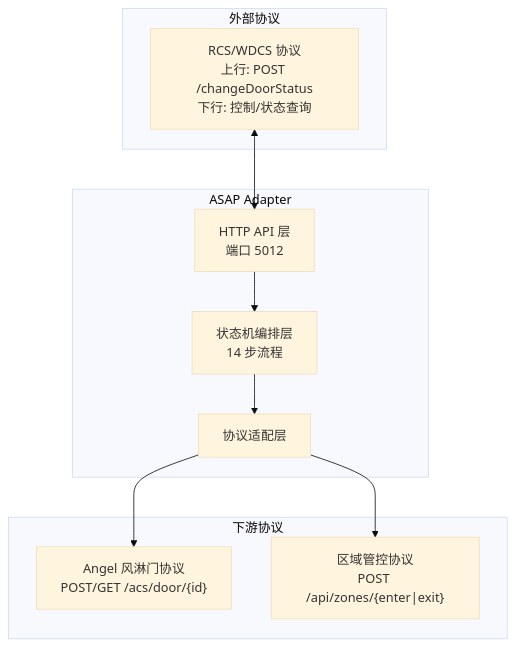
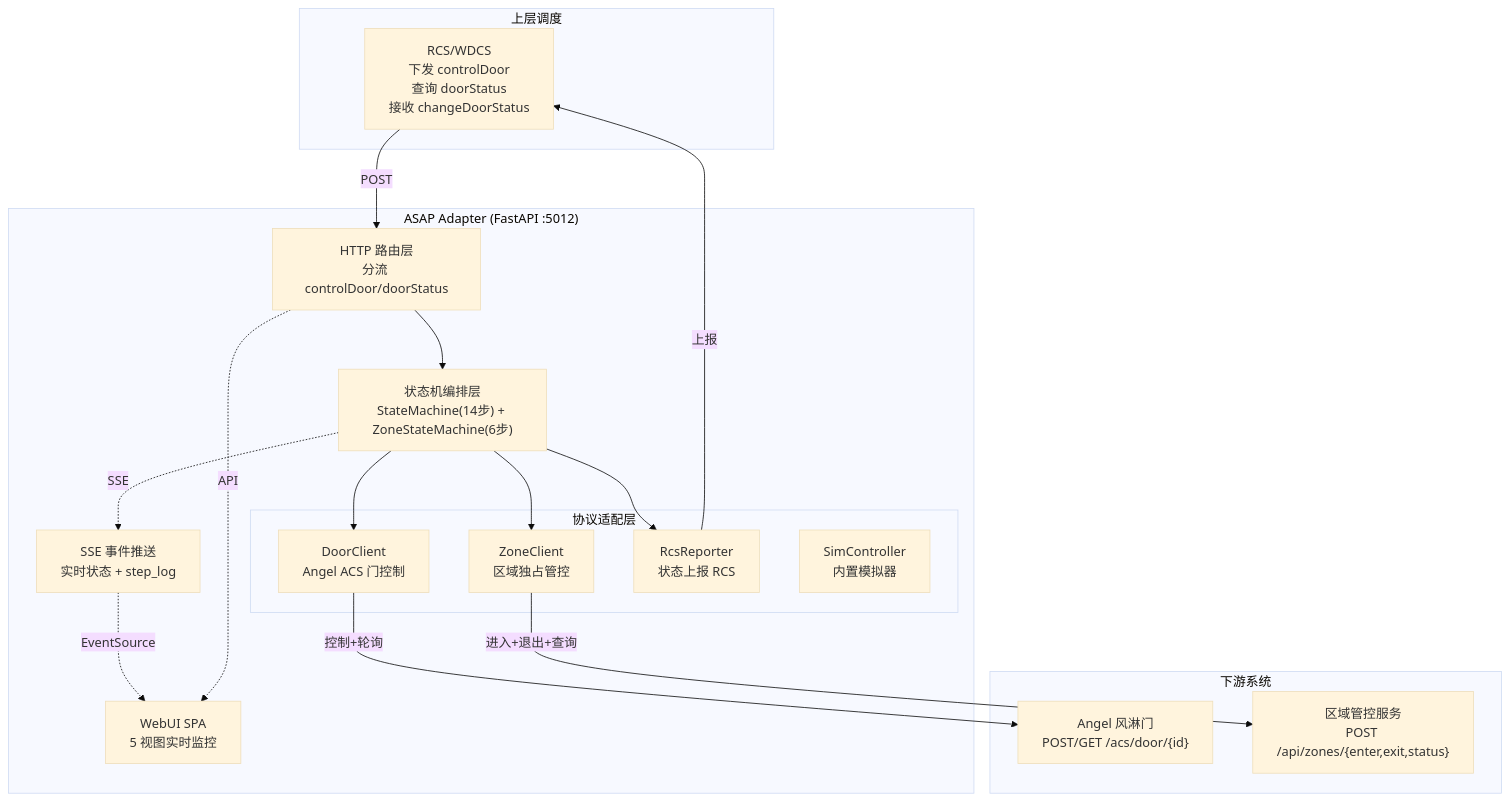
Before and after one commit to 1021143806/ASAP_Adapter: the first of 13 diagrams in doc/architecture.md, drawn with Mermaid (base theme). The commit also changed other lines of this file, not shown here.

Commit message:
docs(arch): 重写架构文档，同步双模式分流、WebUI/SSE 及模拟器实现

````diff
--- a/doc/architecture.md
+++ b/doc/architecture.md
@@ -41,23 +15,37 @@
 ```mermaid
 graph TB
-    subgraph "外部协议"
-        RCS["RCS/WDCS 协议<br/>上行: POST /changeDoorStatus<br/>下行: 控制/状态查询"]
+    subgraph UP["上层调度"]
+        RCS["RCS/WDCS<br/>下发 controlDoor<br/>查询 doorStatus<br/>接收 changeDoorStatus"]
     end
 
-    subgraph "ASAP Adapter"
-        API["HTTP API 层<br/>端口 5012"]
-        SM["状态机编排层<br/>14 步流程"]
-        ADAPT["协议适配层"]
+    subgraph ASAP["ASAP Adapter (FastAPI :5012)"]
+        ROUTER["HTTP 路由层<br/>分流 controlDoor/doorStatus"]
+        SM["状态机编排层<br/>StateMachine(14步) + ZoneStateMachine(6步)"]
+        SSE["SSE 事件推送<br/>实时状态 + step_log"]
+        WEB["WebUI SPA<br/>5 视图实时监控"]
+
+        subgraph ADAPT["协议适配层"]
+            DOOR["DoorClient<br/>Angel ACS 门控制"]
+            ZONE["ZoneClient<br/>区域独占管控"]
+            RPRT["RcsReporter<br/>状态上报 RCS"]
+            SIM["SimController<br/>内置模拟器"]
+        end
     end
 
-    subgraph "下游协议"
-        ANGEL["Angel 风淋门协议<br/>POST/GET /acs/door/{id}"]
-        ZONE["区域管控协议<br/>POST /api/zones/{enter|exit}"]
+    subgraph DOWN["下游系统"]
+        ANGEL["Angel 风淋门<br/>POST/GET /acs/door/{id}"]
+        ZONEAPI["区域管控服务<br/>POST /api/zones/{enter,exit,status}"]
     end
 
-    RCS <--> API
-    API --> SM
-    SM --> ADAPT
-    ADAPT --> ANGEL
-    ADAPT --> ZONE
+    RCS -->|POST| ROUTER
+    ROUTER --> SM
+    SM --> DOOR
+    SM --> ZONE
+    SM --> RPRT
+    RPRT -->|上报| RCS
+    DOOR -->|控制+轮询| ANGEL
+    ZONE -->|进入+退出+查询| ZONEAPI
+    SM -.->|SSE| SSE
+    SSE -.->|EventSource| WEB
+    ROUTER -.->|API| WEB
 ```
````
